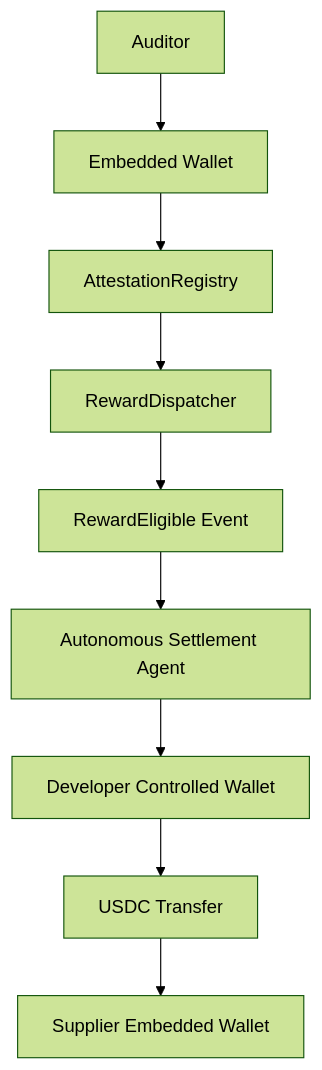
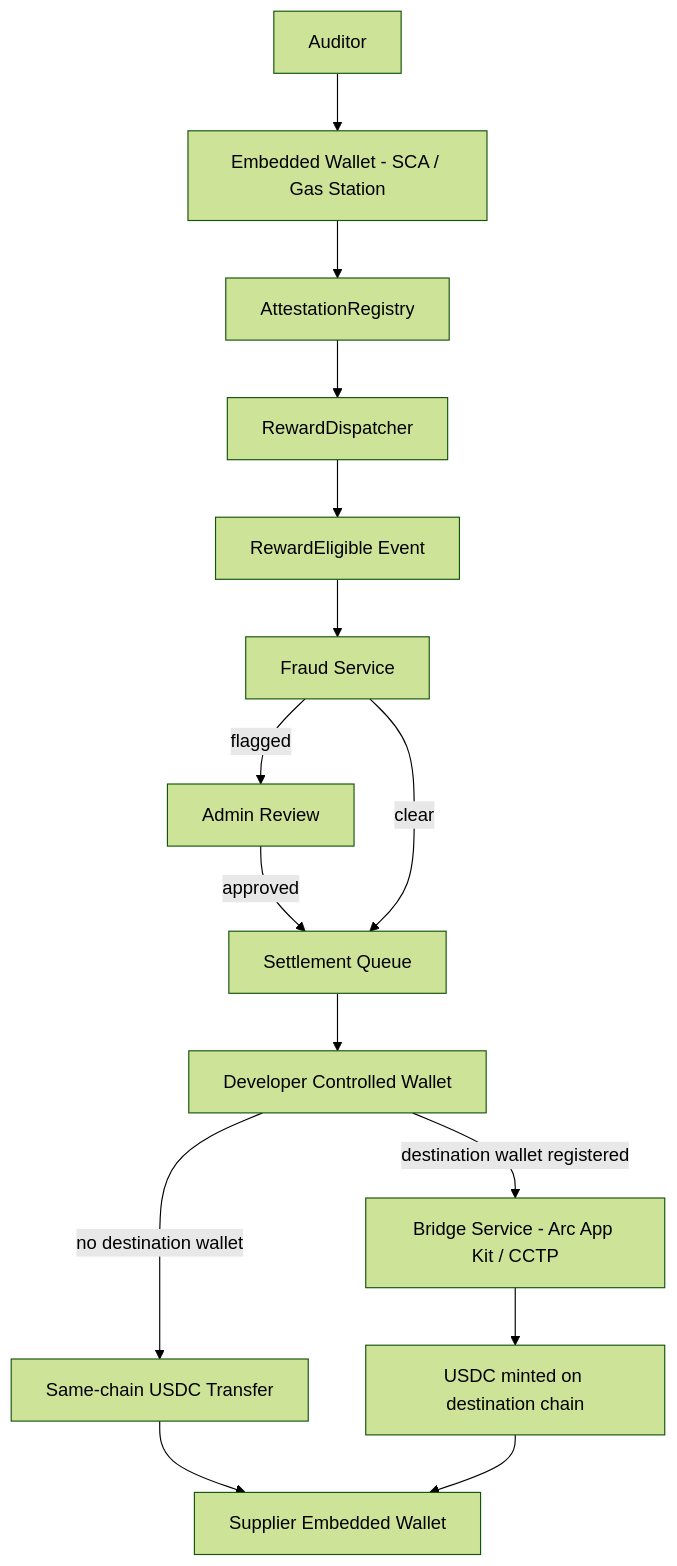
One commit to Olayeniii/ProveStream changed the first of 2 diagrams in README.md. Above: the diagram before and after it, drawn with Mermaid (forest theme). The commit also changed other lines of this file and 23 other files, not shown here.

Commit message:
implement fraud alert system and destination wallet registration

````diff
--- a/README.md
+++ b/README.md
@@ -20,11 +29,17 @@
 ```mermaid
 graph TD
-    A[Auditor] --> B[Embedded Wallet]
+    A[Auditor] --> B[Embedded Wallet - SCA / Gas Station]
     B --> C[AttestationRegistry]
     C --> D[RewardDispatcher]
     D --> E[RewardEligible Event]
-    E --> F[Autonomous Settlement Agent]
-    F --> G[Developer Controlled Wallet]
-    G --> H[USDC Transfer]
+    E --> F[Fraud Service]
+    F -- flagged --> J[Admin Review]
+    J -- approved --> K[Settlement Queue]
+    F -- clear --> K[Settlement Queue]
+    K --> G[Developer Controlled Wallet]
+    G -- no destination wallet --> H[Same-chain USDC Transfer]
+    G -- destination wallet registered --> L[Bridge Service - Arc App Kit / CCTP]
+    L --> M[USDC minted on destination chain]
     H --> I[Supplier Embedded Wallet]
+    M --> I
 ```
````
